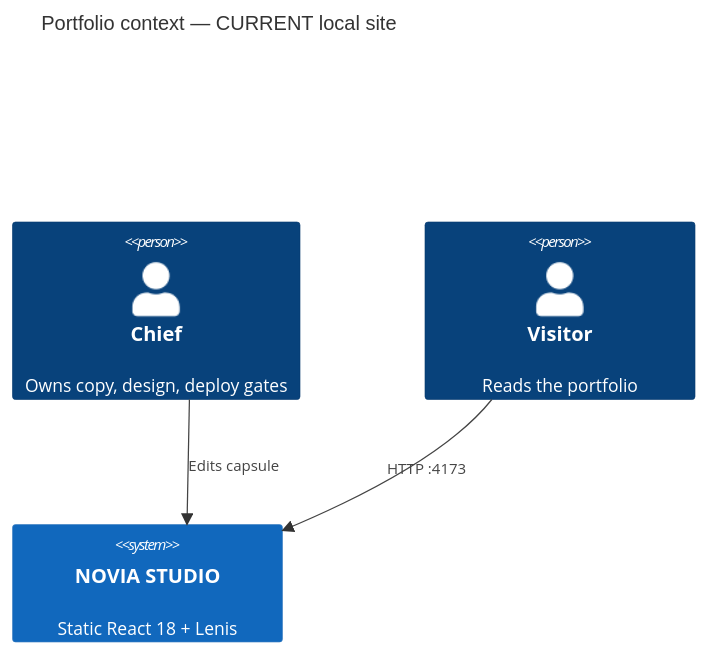
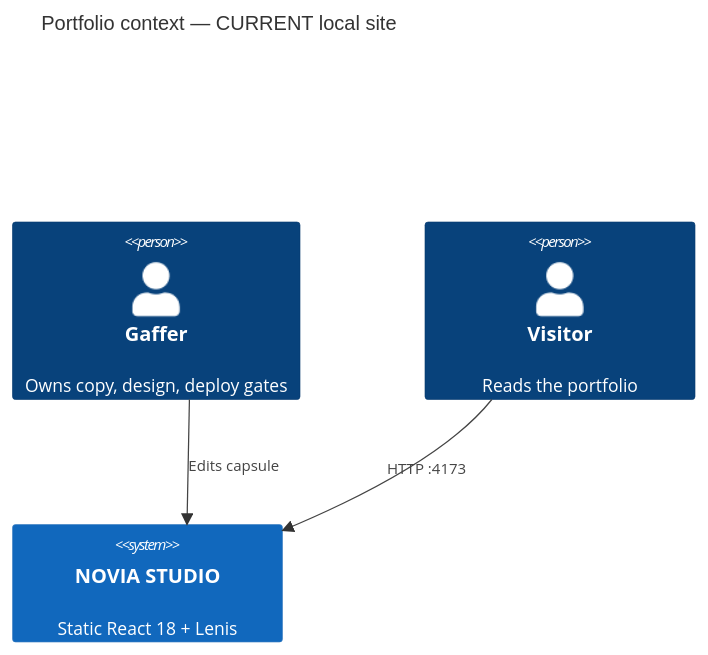
Before and after one commit to drferdi/Monorepo-safrs: the diagram in projects/corporate/portfolio-drnovia/docs/overview.md, drawn with Mermaid. The commit also changed other lines of this file and 37 other files, not shown here.

````diff
--- a/projects/corporate/portfolio-drnovia/docs/overview.md
+++ b/projects/corporate/portfolio-drnovia/docs/overview.md
@@ -40,9 +40,9 @@
 ```mermaid
 C4Context
   title Portfolio context — CURRENT local site
-  Person(chief, "Chief", "Owns copy, design, deploy gates")
+  Person(chief, "Gaffer", "Owns copy, design, deploy gates")
   Person(visitor, "Visitor", "Reads the portfolio")
   System(site, "NOVIA STUDIO", "Static React 18 + Lenis")
   Rel(chief, site, "Edits capsule")
   Rel(visitor, site, "HTTP :4173")
 ```
````
